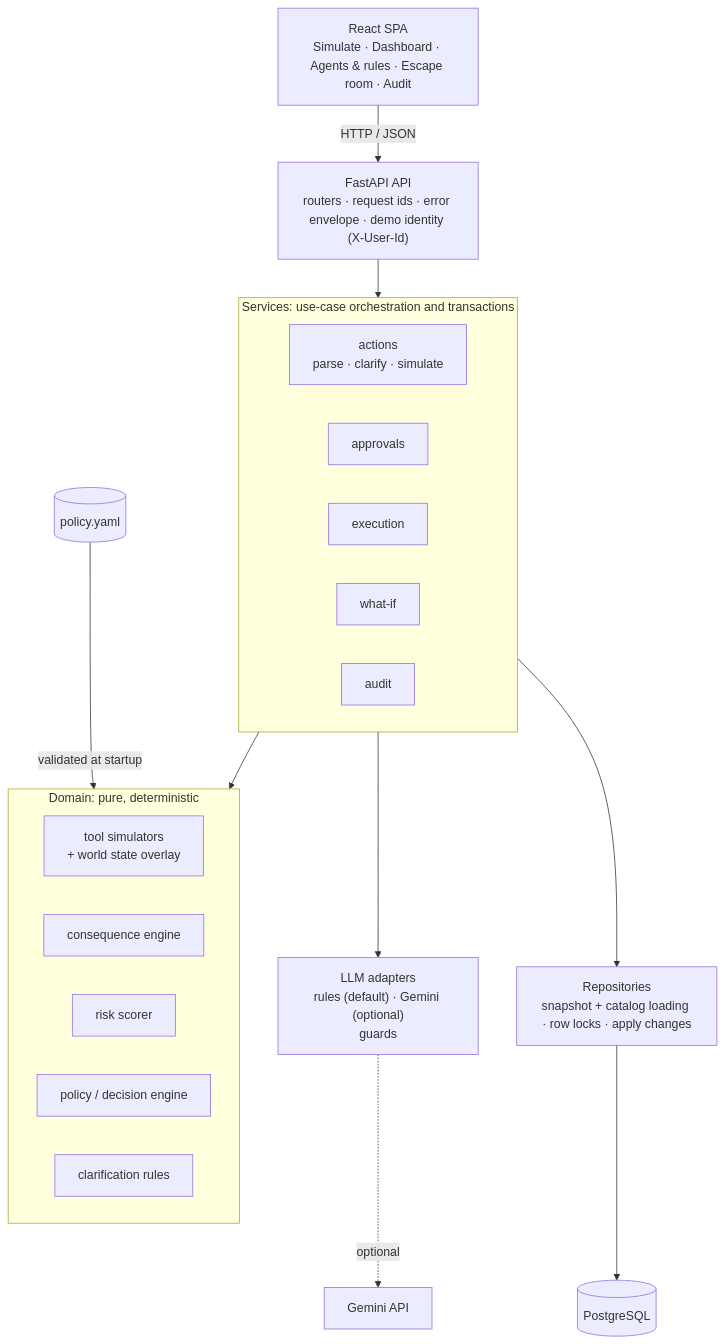
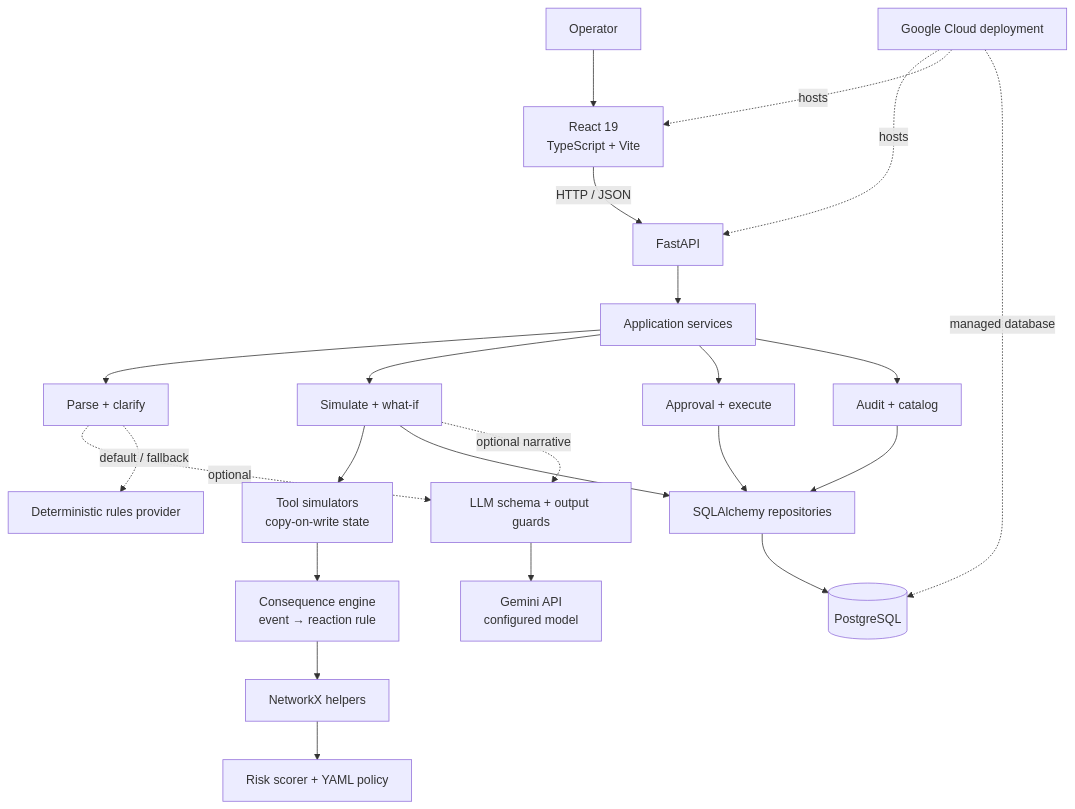
The first of 3 diagrams in README.md (KRYSTALM7/cascade), drawn with Mermaid before and after one commit. The commit also changed other lines of this file and 60 other files, not shown here.

Commit message:
feat: harden consequence workflows and update docs

````diff
--- a/README.md
+++ b/README.md
@@ -159,36 +147,29 @@
 ```mermaid
-flowchart TB
-    UI["React SPA<br/>Simulate · Dashboard · Agents & rules · Escape room · Audit"]
-    API["FastAPI API<br/>routers · request ids · error envelope · demo identity (X-User-Id)"]
+flowchart TD
+    USER["Operator"] --> UI["React 19<br/>TypeScript + Vite"]
+    UI -->|"HTTP / JSON"| API["FastAPI"]
 
-    subgraph SVC["Services: use-case orchestration and transactions"]
-        direction LR
-        ACT["actions<br/>parse · clarify · simulate"]
-        APR["approvals"]
-        EXE["execution"]
-        WI["what-if"]
-        AUD["audit"]
-    end
+    API --> APP["Application services"]
+    APP --> PARSE["Parse + clarify"]
+    APP --> SIM["Simulate + what-if"]
+    APP --> APPROVAL["Approval + execute"]
+    APP --> AUDIT["Audit + catalog"]
 
-    subgraph DOM["Domain: pure, deterministic"]
-        direction LR
-        SIM["tool simulators<br/>+ world state overlay"]
-        CE["consequence engine"]
-        RISK["risk scorer"]
-        POL["policy / decision engine"]
-        CLR["clarification rules"]
-    end
+    SIM --> TOOLS["Tool simulators<br/>copy-on-write state"]
+    TOOLS --> ENGINE["Consequence engine<br/>event → reaction rule"]
+    ENGINE --> GRAPH["NetworkX helpers"]
+    GRAPH --> RISK["Risk scorer + YAML policy"]
+    APPROVAL --> REPO["SQLAlchemy repositories"]
+    SIM --> REPO
+    AUDIT --> REPO
+    REPO --> DB[("PostgreSQL")]
 
-    LLM["LLM adapters<br/>rules (default) · Gemini (optional)<br/>guards"]
-    YAML[("policy.yaml")]
-    REPO["Repositories<br/>snapshot + catalog loading · row locks · apply changes"]
-    DB[("PostgreSQL")]
-    GEM["Gemini API"]
+    PARSE -. optional .-> GUARD["LLM schema + output guards"]
+    SIM -. optional narrative .-> GUARD
+    GUARD --> GEMINI["Gemini API<br/>configured model"]
+    PARSE -. default / fallback .-> RULES["Deterministic rules provider"]
 
-    UI -->|HTTP / JSON| API --> SVC
-    SVC --> DOM
-    SVC --> LLM
-    LLM -.->|optional| GEM
-    SVC --> REPO --> DB
-    YAML -->|validated at startup| POL
+    CLOUD["Google Cloud deployment"] -. hosts .-> API
+    CLOUD -. hosts .-> UI
+    CLOUD -. managed database .-> DB
 ```
````
